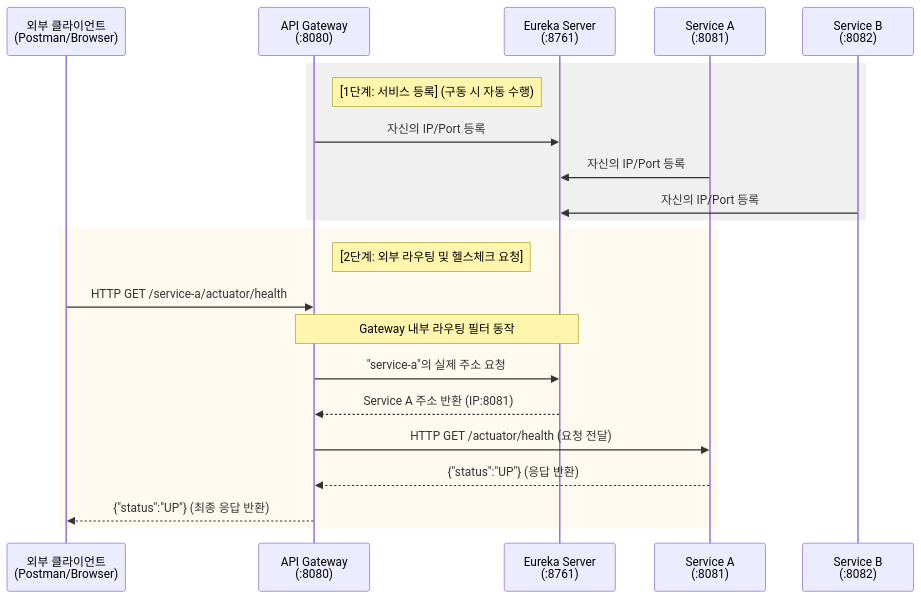
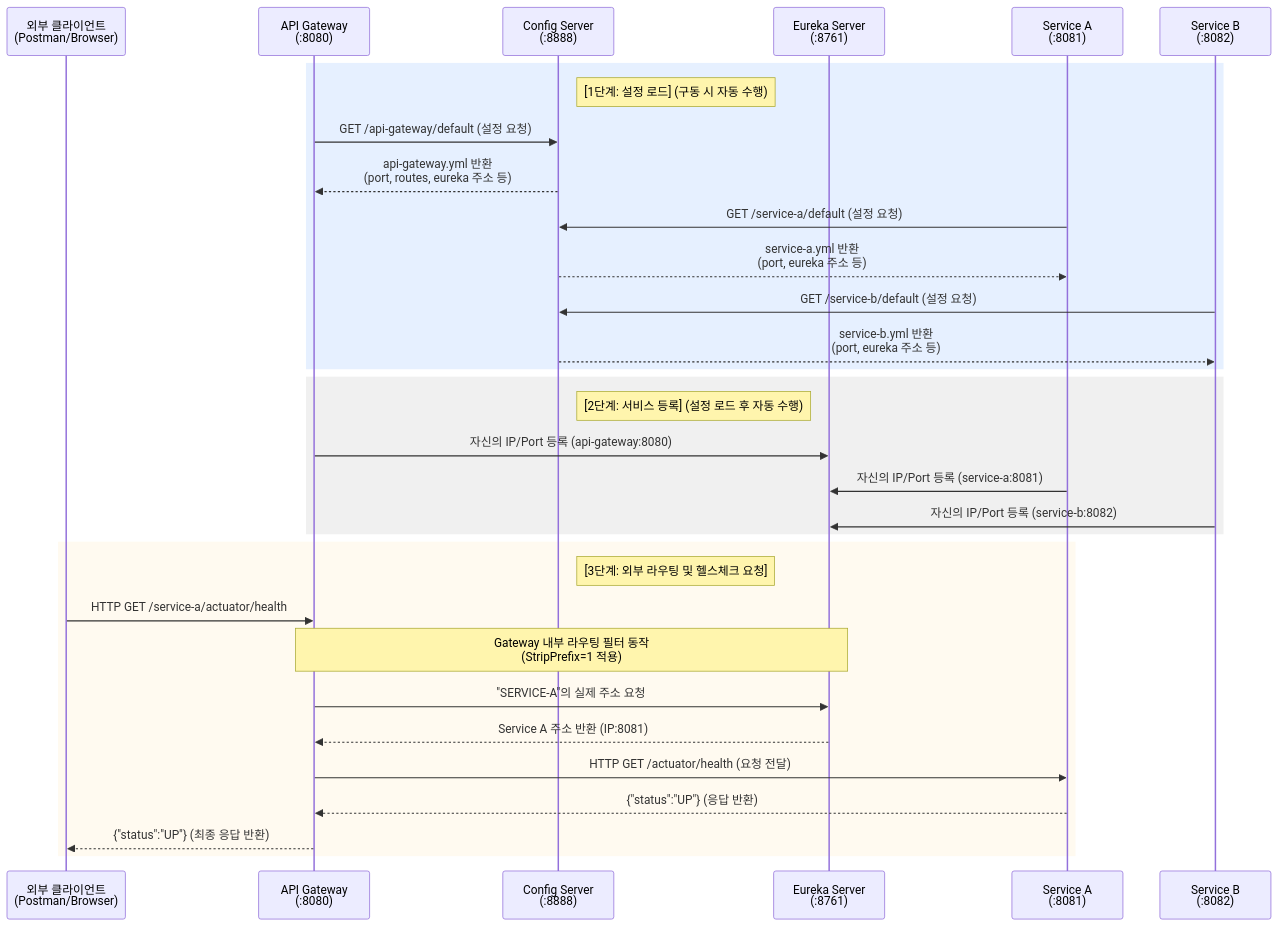
One commit to team2-project-test/project changed the diagram in README.md. Above: the diagram before and after it, drawn with Mermaid. The commit also changed other lines of this file, not shown here.

````diff
--- a/README.md
+++ b/README.md
@@ -23,29 +45,43 @@
-```mermaid
-sequenceDiagram
-    participant Client as 외부 클라이언트<br/>(Postman/Browser)
-    participant Gateway as API Gateway<br/>(:8080)
-    participant Eureka as Eureka Server<br/>(:8761)
-    participant ServiceA as Service A<br/>(:8081)
-    participant ServiceB as Service B<br/>(:8082)
+    ```mermaid
+      sequenceDiagram
+          participant Client as 외부 클라이언트<br/>(Postman/Browser)
+          participant Gateway as API Gateway<br/>(:8080)
+          participant Config as Config Server<br/>(:8888)
+          participant Eureka as Eureka Server<br/>(:8761)
+          participant ServiceA as Service A<br/>(:8081)
+          participant ServiceB as Service B<br/>(:8082)
     
-    rect rgb(240, 240, 240)
-    Note right of Gateway: [1단계: 서비스 등록] (구동 시 자동 수행)
-    Gateway->>Eureka: 자신의 IP/Port 등록
-    ServiceA->>Eureka: 자신의 IP/Port 등록
-    ServiceB->>Eureka: 자신의 IP/Port 등록
-    end
-
-    rect rgb(255, 250, 240)
-    Note right of Gateway: [2단계: 외부 라우팅 및 헬스체크 요청]
-    Client->>Gateway: HTTP GET /service-a/actuator/health
+          rect rgb(230, 240, 255)
+          Note right of Config: [1단계: 설정 로드] (구동 시 자동 수행)
+          Gateway->>Config: GET /api-gateway/default (설정 요청)
+          Config-->>Gateway: api-gateway.yml 반환<br/>(port, routes, eureka 주소 등)
     
-    Note over Gateway, Eureka: Gateway 내부 라우팅 필터 동작
-    Gateway->>Eureka: "service-a"의 실제 주소 요청
-    Eureka-->>Gateway: Service A 주소 반환 (IP:8081)
+          ServiceA->>Config: GET /service-a/default (설정 요청)
+          Config-->>ServiceA: service-a.yml 반환<br/>(port, eureka 주소 등)
     
-    Gateway->>ServiceA: HTTP GET /actuator/health (요청 전달)
-    ServiceA-->>Gateway: {"status":"UP"} (응답 반환)
+          ServiceB->>Config: GET /service-b/default (설정 요청)
+          Config-->>ServiceB: service-b.yml 반환<br/>(port, eureka 주소 등)
+          end
     
-    Gateway-->>Client: {"status":"UP"} (최종 응답 반환)
-    end
-```
+          rect rgb(240, 240, 240)
+          Note right of Config: [2단계: 서비스 등록] (설정 로드 후 자동 수행)
+          Gateway->>Eureka: 자신의 IP/Port 등록 (api-gateway:8080)
+          ServiceA->>Eureka: 자신의 IP/Port 등록 (service-a:8081)
+          ServiceB->>Eureka: 자신의 IP/Port 등록 (service-b:8082)
+          end
+    
+          rect rgb(255, 250, 240)
+          Note right of Config: [3단계: 외부 라우팅 및 헬스체크 요청]
+          Client->>Gateway: HTTP GET /service-a/actuator/health
+    
+          Note over Gateway, Eureka: Gateway 내부 라우팅 필터 동작<br/>(StripPrefix=1 적용)
+          Gateway->>Eureka: "SERVICE-A"의 실제 주소 요청
+          Eureka-->>Gateway: Service A 주소 반환 (IP:8081)
+    
+          Gateway->>ServiceA: HTTP GET /actuator/health (요청 전달)
+          ServiceA-->>Gateway: {"status":"UP"} (응답 반환)
+    
+          Gateway-->>Client: {"status":"UP"} (최종 응답 반환)
+          end
+    
+    ```
````
